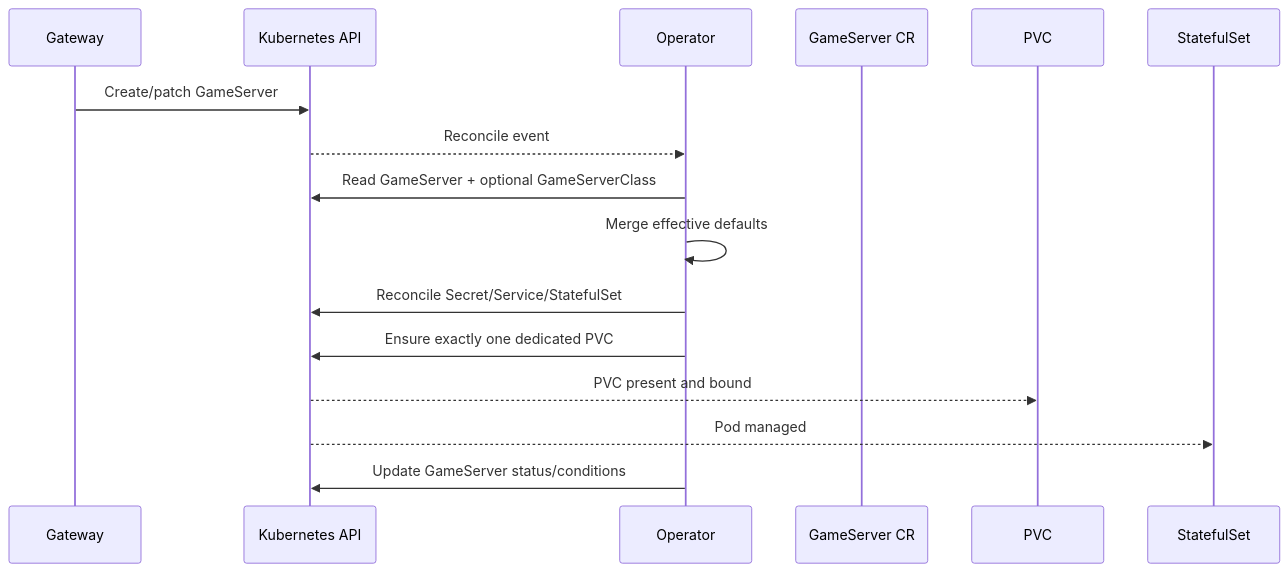
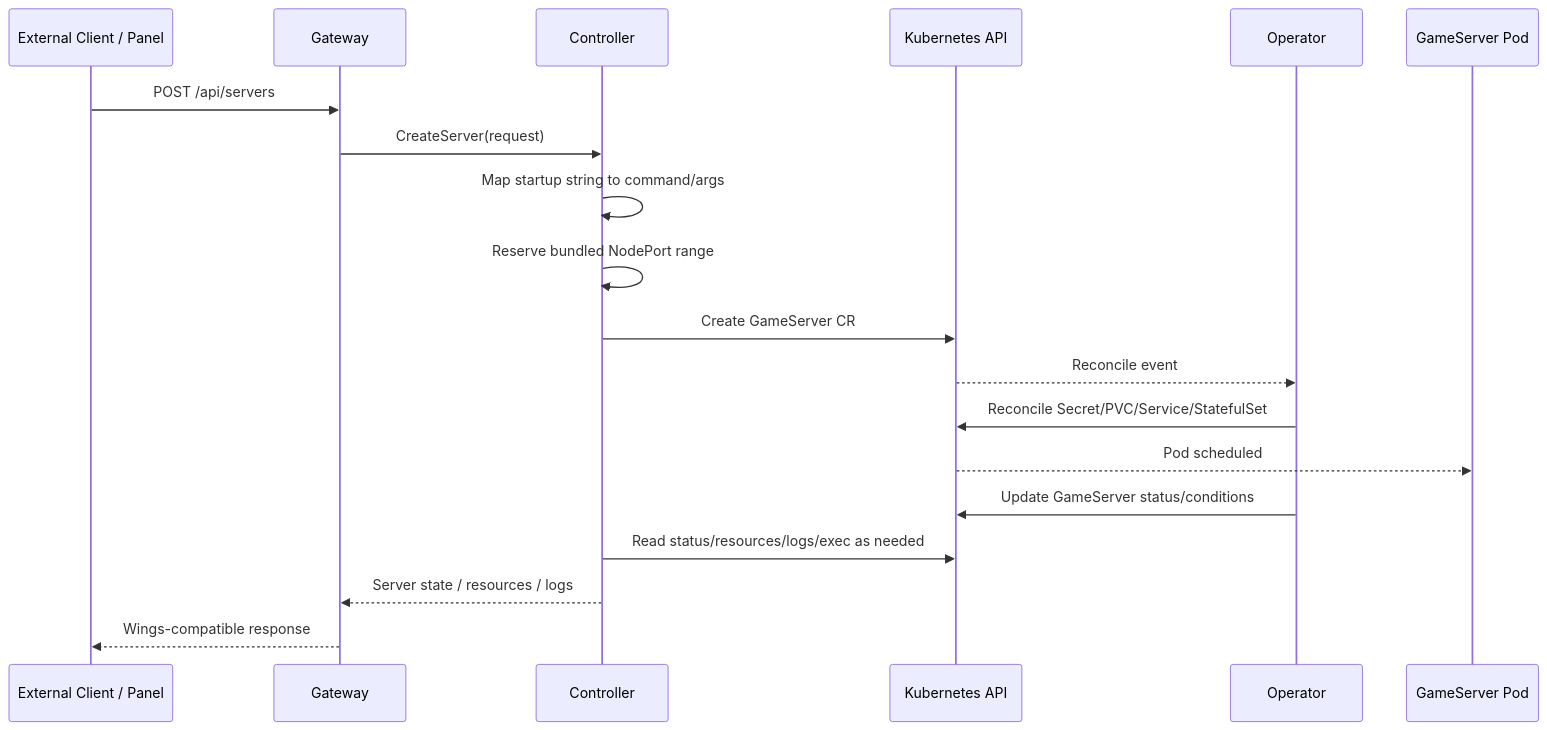
Before and after one commit to Vladislavvk1337/ptero-wings-operator: the second of 2 diagrams in ARCHITECTURE.md, drawn with Mermaid. The commit also changed other lines of this file and 19 other files, not shown here.

Commit message:
Document controller split and startup flow

````diff
--- a/ARCHITECTURE.md
+++ b/ARCHITECTURE.md
@@ -38,19 +34,22 @@
 ```mermaid
 sequenceDiagram
+    participant Client as External Client / Panel
     participant GW as Gateway
+    participant CTRL as Controller
     participant API as Kubernetes API
     participant OP as Operator
-    participant GS as GameServer CR
-    participant PVC as PVC
-    participant SS as StatefulSet
+    participant Pod as GameServer Pod
 
-    GW->>API: Create/patch GameServer
+    Client->>GW: POST /api/servers
+    GW->>CTRL: CreateServer(request)
+    CTRL->>CTRL: Map startup string to command/args
+    CTRL->>CTRL: Reserve bundled NodePort range
+    CTRL->>API: Create GameServer CR
     API-->>OP: Reconcile event
-    OP->>API: Read GameServer + optional GameServerClass
-    OP->>OP: Merge effective defaults
-    OP->>API: Reconcile Secret/Service/StatefulSet
-    OP->>API: Ensure exactly one dedicated PVC
-    API-->>PVC: PVC present and bound
-    API-->>SS: Pod managed
+    OP->>API: Reconcile Secret/PVC/Service/StatefulSet
+    API-->>Pod: Pod scheduled
     OP->>API: Update GameServer status/conditions
+    CTRL->>API: Read status/resources/logs/exec as needed
+    CTRL-->>GW: Server state / resources / logs
+    GW-->>Client: Wings-compatible response
 ```
````
